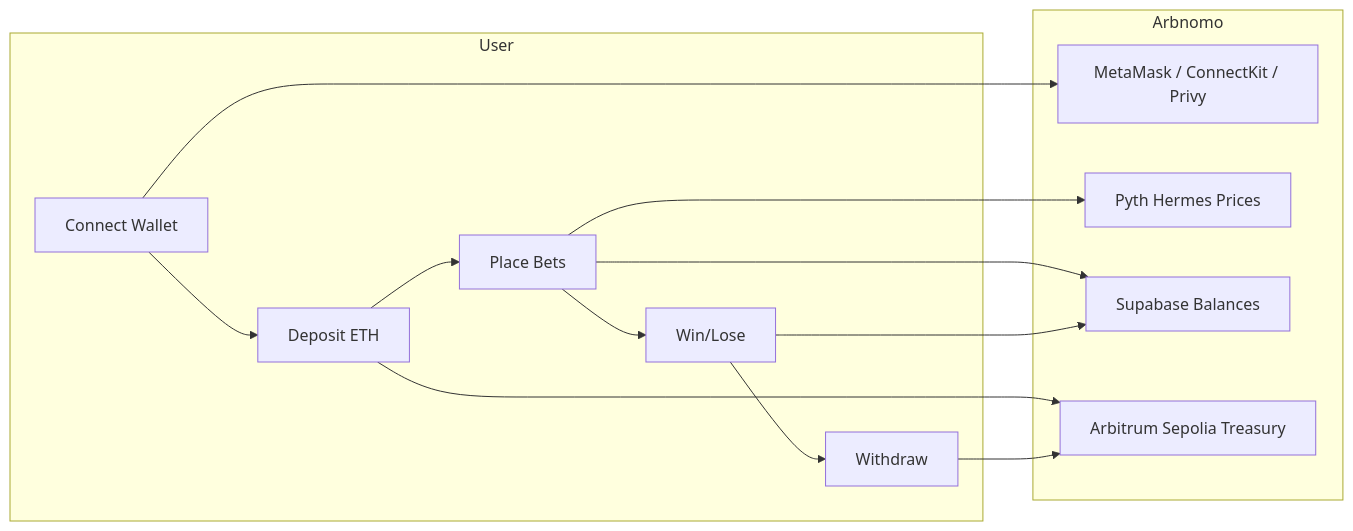
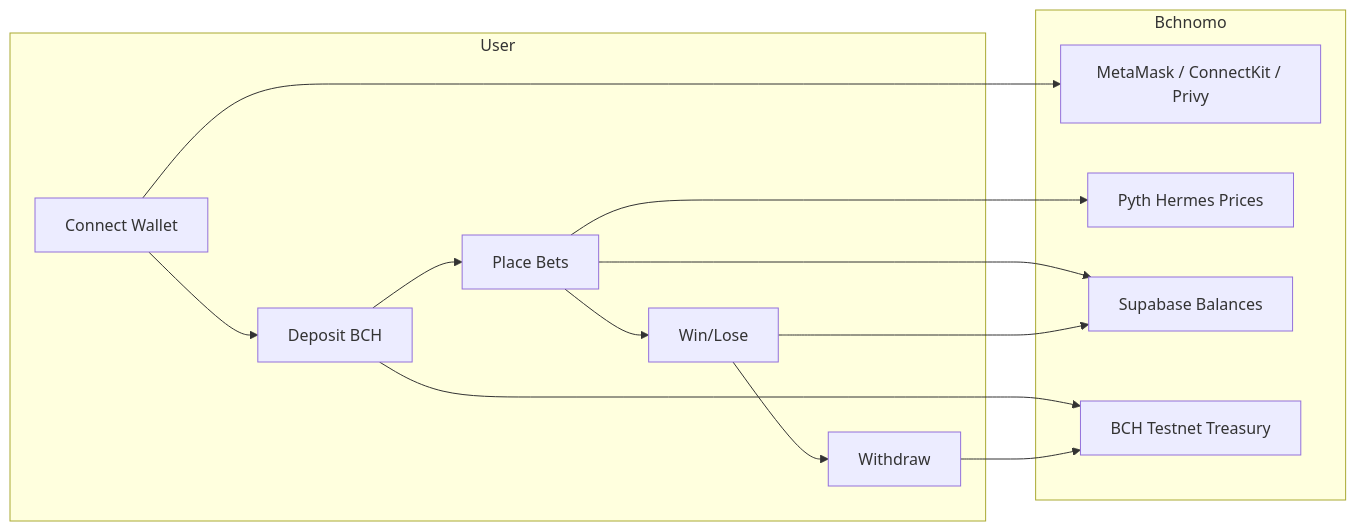
The first of 4 diagrams in README.md (AmaanSayyad/Bchnomo), drawn with Mermaid before and after one commit. The commit also changed other lines of this file and 52 other files, not shown here.

````diff
--- a/README.md
+++ b/README.md
@@ -79,21 +79,21 @@
 ```mermaid
 flowchart LR
     subgraph User
-        A[Connect Wallet] --> B[Deposit ETH]
+        A[Connect Wallet] --> B[Deposit BCH]
         B --> C[Place Bets]
         C --> D[Win/Lose]
         D --> E[Withdraw]
     end
-    subgraph Arbnomo
+    subgraph Bchnomo
         F[MetaMask / ConnectKit / Privy]
         G[Pyth Hermes Prices]
         H[Supabase Balances]
-        I[Arbitrum Sepolia Treasury]
+        I[BCH Testnet Treasury]
     end
     A --> F
     B --> I
     C --> G
     C --> H
     D --> H
     E --> I
 ```
````
